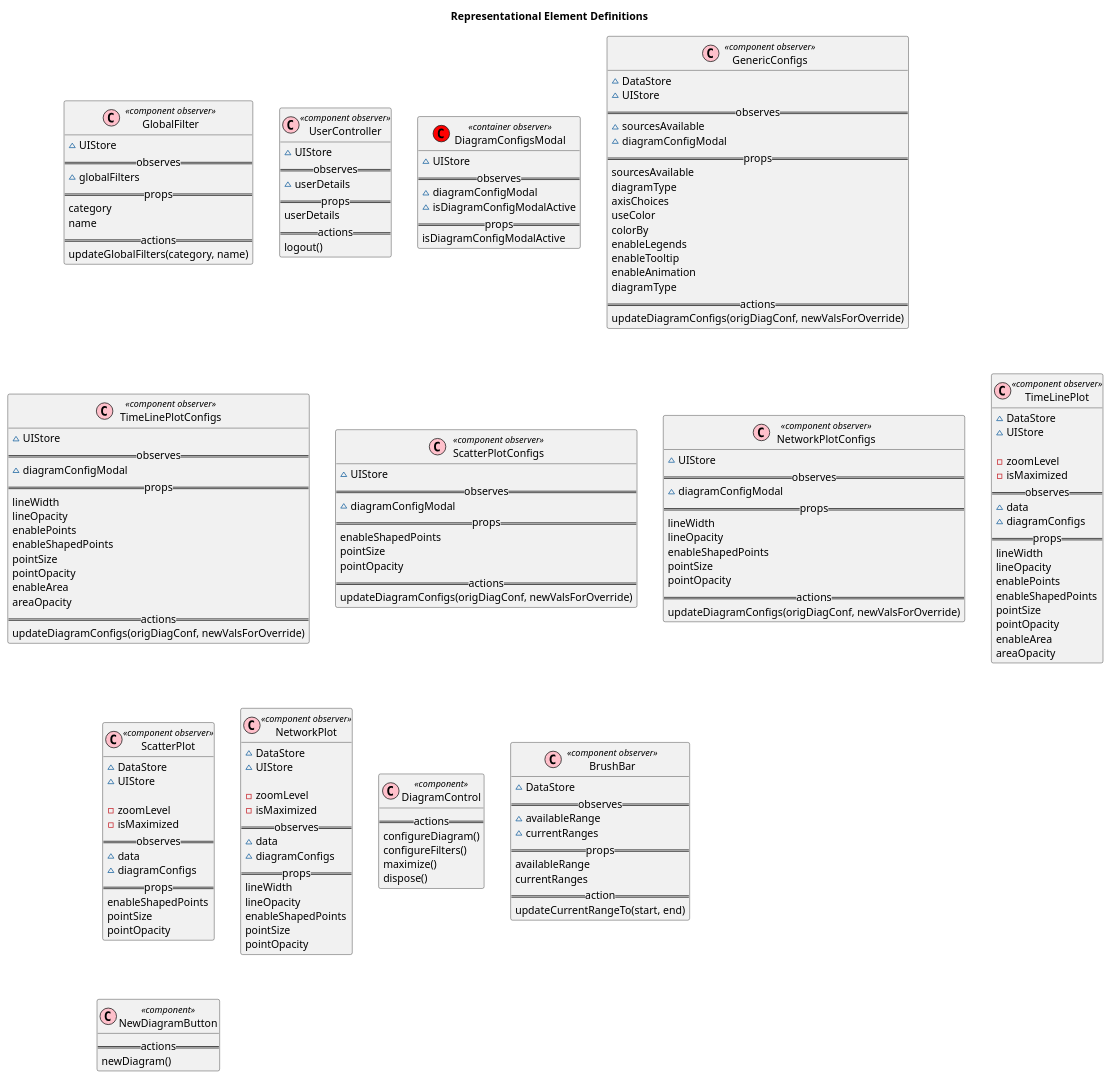
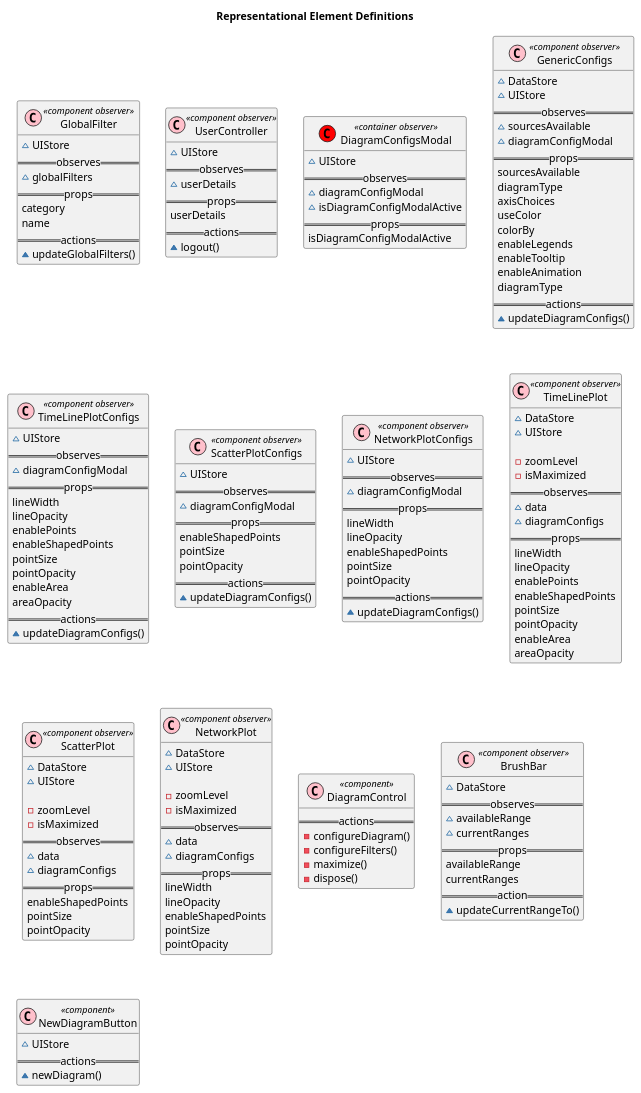
Before and after one commit to hexrcs/frontend-demo: the diagram in docs/diagrams/src/componentDefs.wsd, drawn with PlantUML.

Commit message:
Minor tweaks

```diff
--- a/docs/diagrams/src/componentDefs.wsd
+++ b/docs/diagrams/src/componentDefs.wsd
@@ -1,174 +1,175 @@
 @startuml
 title Representational Element Definitions
 
 class GlobalFilter << (C,pink) component observer >> {
   ~ UIStore
   ==observes==
   ~ globalFilters
   ==props==
   category
   name
   ==actions==
-  updateGlobalFilters(category, name)
+  ~ updateGlobalFilters()
 }
 
 class UserController << (C,pink) component observer >> {
   ~ UIStore
   ==observes==
   ~ userDetails
   ==props==
   userDetails
   ==actions==
-  logout()
+  ~ logout()
 }
 
 class DiagramConfigsModal << (C,red) container observer >> {
   ~ UIStore
   ==observes==
   ~ diagramConfigModal
   ~ isDiagramConfigModalActive
   ==props==
   isDiagramConfigModalActive
 }
 
 class GenericConfigs << (C,pink) component observer >> {
   ~ DataStore
   ~ UIStore
   ==observes==
   ~ sourcesAvailable
   ~ diagramConfigModal
   ==props==
   sourcesAvailable
   diagramType
   axisChoices
   useColor
   colorBy
   enableLegends
   enableTooltip
   enableAnimation
   diagramType
   ==actions==
-  updateDiagramConfigs(origDiagConf, newValsForOverride)
+  ~ updateDiagramConfigs()
 }
 
 class TimeLinePlotConfigs  << (C,pink) component observer >> {
   ~ UIStore
   ==observes==
   ~ diagramConfigModal
   ==props==
   lineWidth
   lineOpacity
   enablePoints
   enableShapedPoints
   pointSize
   pointOpacity
   enableArea
   areaOpacity
   ==actions==
-  updateDiagramConfigs(origDiagConf, newValsForOverride)
+  ~ updateDiagramConfigs()
 }
 
 class ScatterPlotConfigs  << (C,pink) component observer >> {
   ~ UIStore
   ==observes==
   ~ diagramConfigModal
   ==props==
   enableShapedPoints
   pointSize
   pointOpacity
   ==actions==
-  updateDiagramConfigs(origDiagConf, newValsForOverride)
+  ~ updateDiagramConfigs()
 }
 
 class NetworkPlotConfigs  << (C,pink) component observer >> {
   ~ UIStore
   ==observes==
   ~ diagramConfigModal
   ==props==
   lineWidth
   lineOpacity
   enableShapedPoints
   pointSize
   pointOpacity
   ==actions==
-  updateDiagramConfigs(origDiagConf, newValsForOverride)
+  ~ updateDiagramConfigs()
 }
 
 class TimeLinePlot  << (C,pink) component observer >> {
   ~ DataStore
   ~ UIStore
 
   - zoomLevel
   - isMaximized
   ==observes==
   ~ data
   ~ diagramConfigs
   ==props==
   lineWidth
   lineOpacity
   enablePoints
   enableShapedPoints
   pointSize
   pointOpacity
   enableArea
   areaOpacity
 }
 
 class ScatterPlot  << (C,pink) component observer >> {
   ~ DataStore
   ~ UIStore
 
   - zoomLevel
   - isMaximized
   ==observes==
   ~ data
   ~ diagramConfigs
   ==props==
   enableShapedPoints
   pointSize
   pointOpacity
 }
 
 class NetworkPlot  << (C,pink) component observer >> {
   ~ DataStore
   ~ UIStore
 
   - zoomLevel
   - isMaximized
   ==observes==
   ~ data
   ~ diagramConfigs
   ==props==
   lineWidth
   lineOpacity
   enableShapedPoints
   pointSize
   pointOpacity
 }
 
 class DiagramControl << (C,pink) component >> {
   ==actions==
-  configureDiagram()
-  configureFilters()
-  maximize()
-  dispose()
+  - configureDiagram()
+  - configureFilters()
+  - maximize()
+  - dispose()
 }
 
 class BrushBar << (C,pink) component observer >> {
   ~ DataStore
   ==observes==
   ~ availableRange
   ~ currentRanges
   ==props==
   availableRange
   currentRanges
   ==action==
-  updateCurrentRangeTo(start, end)
+  ~ updateCurrentRangeTo()
 }
 
 class NewDiagramButton << (C,pink) component >> {
+  ~ UIStore
   ==actions==
-  newDiagram()
+  ~ newDiagram()
 }
 
 @enduml
```
